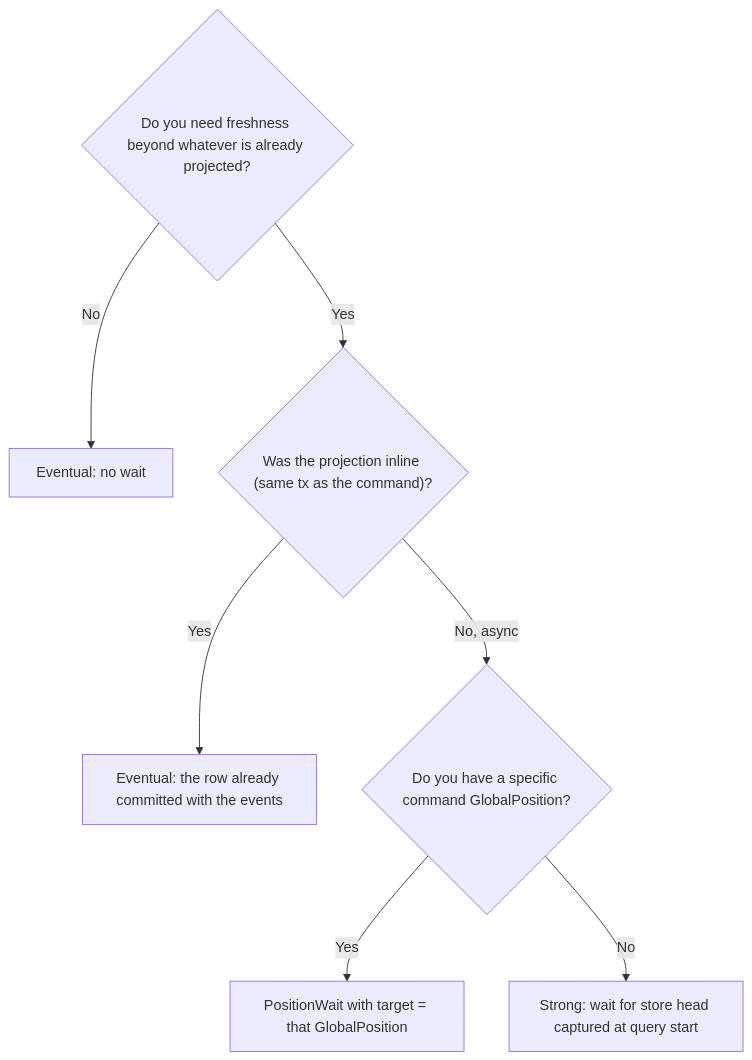
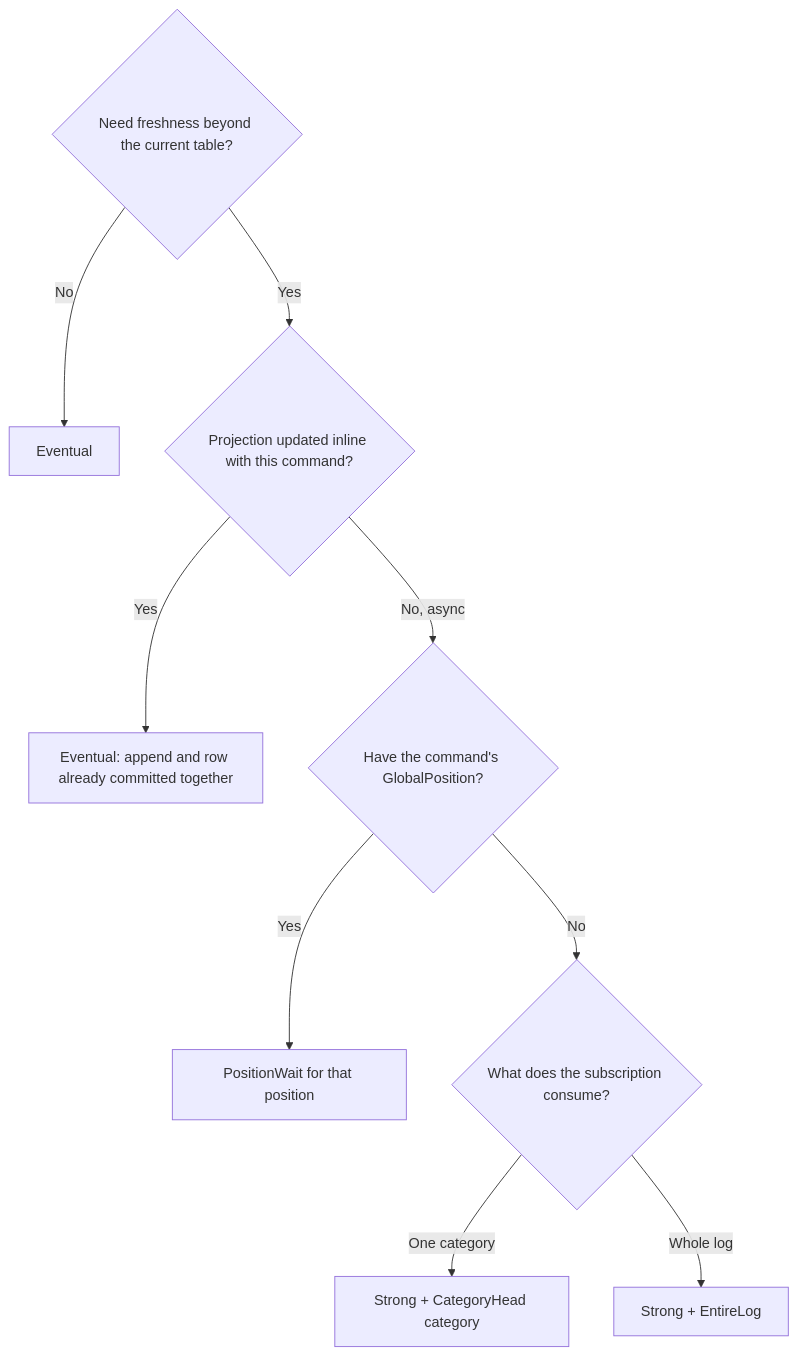
Before and after one commit to shinzui/keiro-runtime-docs: the diagram in content/docs/keiro/how-to/choose-a-consistency-mode.mdx, drawn with Mermaid. The commit also changed other lines of this file and 13 other files, not shown here.

````diff
--- a/content/docs/keiro/how-to/choose-a-consistency-mode.mdx
+++ b/content/docs/keiro/how-to/choose-a-consistency-mode.mdx
@@ -21,10 +11,12 @@
 ```mermaid
 flowchart TD
-  Q{"Do you need freshness beyond whatever is already projected?"}
-  Q -- "No" --> E["Eventual: no wait"]
-  Q -- "Yes" --> A{"Was the projection inline (same tx as the command)?"}
-  A -- "Yes" --> E2["Eventual: the row already committed with the events"]
-  A -- "No, async" --> W{"Do you have a specific command GlobalPosition?"}
-  W -- "Yes" --> P["PositionWait with target = that GlobalPosition"]
-  W -- "No" --> S["Strong: wait for store head captured at query start"]
+  Q{"Need freshness beyond the current table?"}
+  Q -- "No" --> E["Eventual"]
+  Q -- "Yes" --> I{"Projection updated inline with this command?"}
+  I -- "Yes" --> E2["Eventual: append and row already committed together"]
+  I -- "No, async" --> P{"Have the command's GlobalPosition?"}
+  P -- "Yes" --> W["PositionWait for that position"]
+  P -- "No" --> S{"What does the subscription consume?"}
+  S -- "One category" --> C["Strong + CategoryHead category"]
+  S -- "Whole log" --> A["Strong + EntireLog"]
 ```
````
